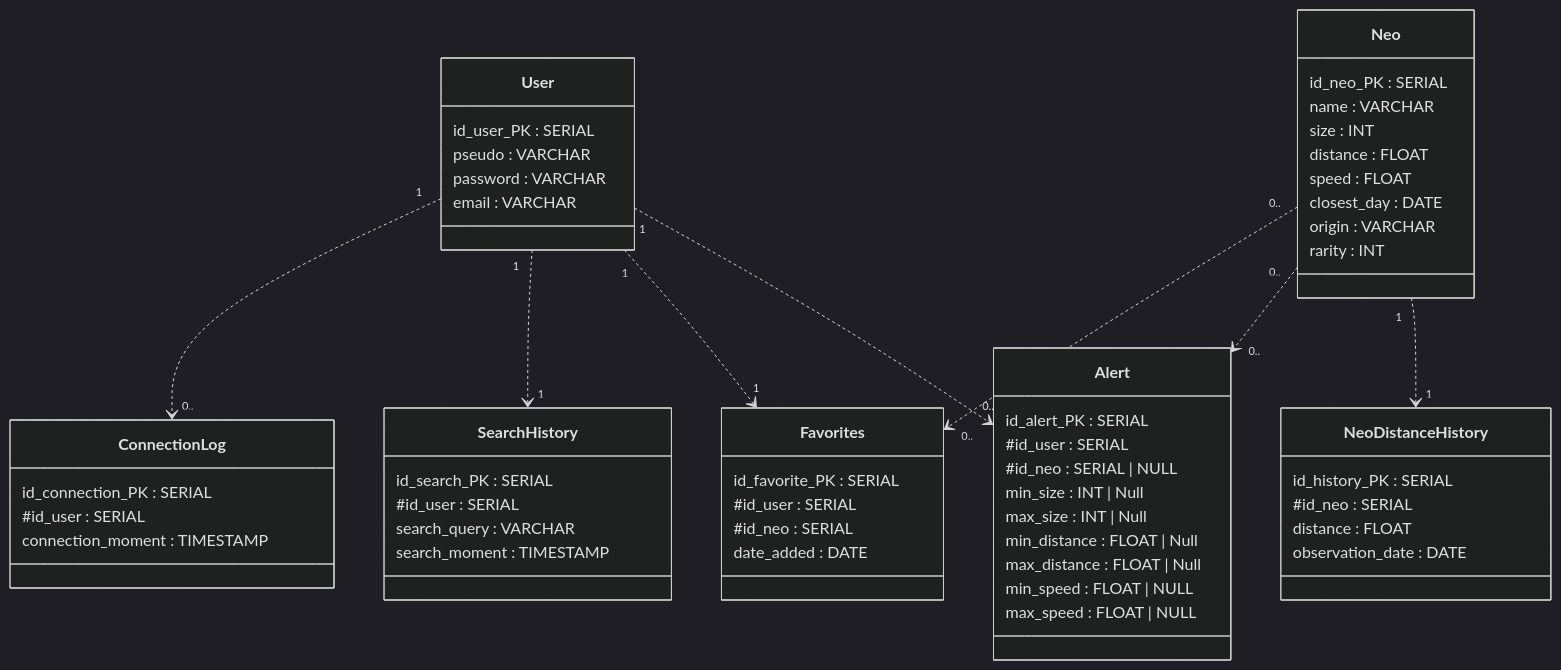
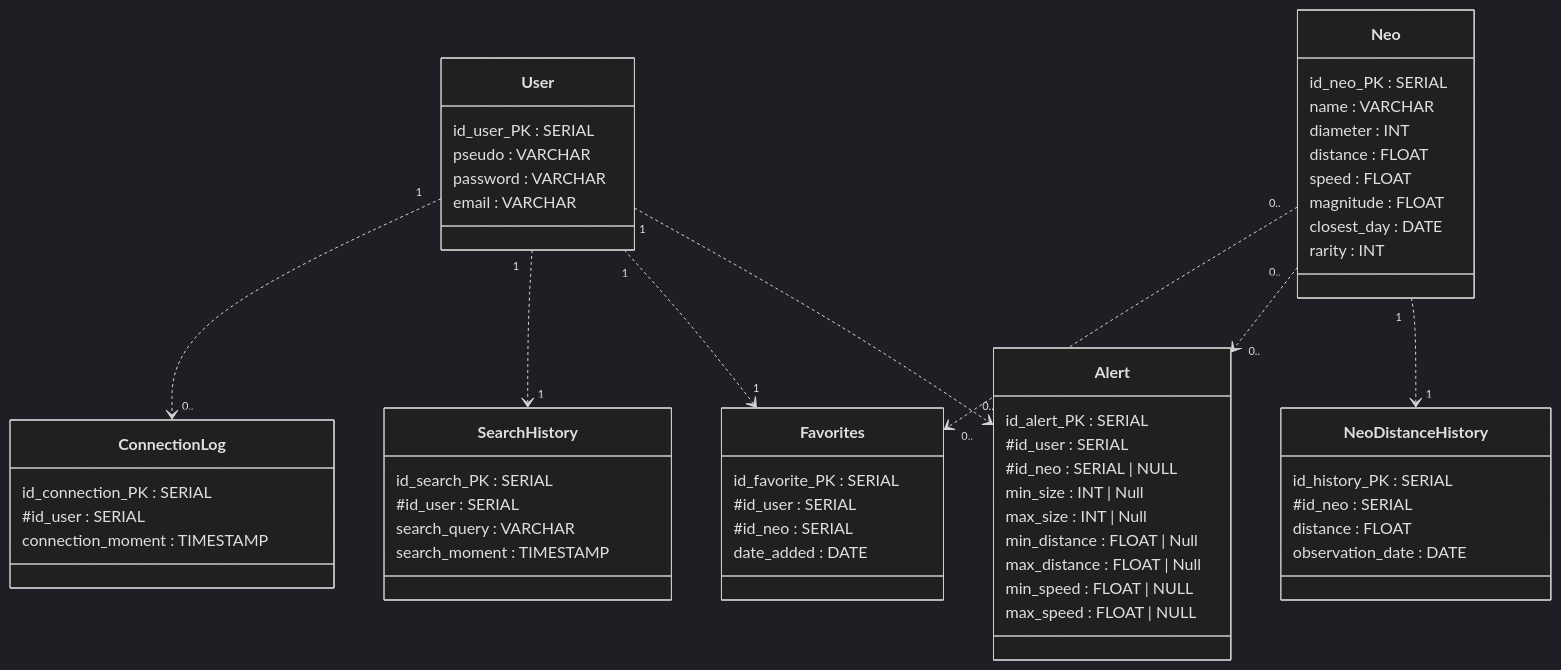
One commit to tristancabre/Projet-info-2A changed the diagram in doc/data_model.md. Above: the diagram before and after it, drawn with Mermaid (dark theme). The commit also changed 4 other files, not shown here.

````diff
--- a/doc/data_model.md
+++ b/doc/data_model.md
@@ -16,72 +16,72 @@
 ```mermaid
 classDiagram
     %% Business objects
 
     class User {
         id_user_PK : SERIAL
         pseudo : VARCHAR
         password : VARCHAR
         email : VARCHAR
     }
 
     class Neo{
         id_neo_PK : SERIAL
         name : VARCHAR
-        size : INT
+        diameter : INT
         distance : FLOAT
         speed : FLOAT
+        magnitude : FLOAT
         closest_day : DATE
-        origin : VARCHAR
         rarity : INT
     }
 
     class Alert {
         id_alert_PK : SERIAL
         #id_user : SERIAL
         #id_neo : SERIAL | NULL
         min_size : INT | Null
         max_size : INT | Null
         min_distance : FLOAT | Null
         max_distance : FLOAT | Null
         min_speed : FLOAT | NULL
         max_speed : FLOAT | NULL
     }
 
     class Favorites {
         id_favorite_PK : SERIAL
         #id_user : SERIAL
         #id_neo : SERIAL
         date_added : DATE
     }
 
     class ConnectionLog {
         id_connection_PK : SERIAL
         #id_user : SERIAL
         connection_moment : TIMESTAMP
     }
 
     class SearchHistory {
         id_search_PK : SERIAL
         #id_user : SERIAL
         search_query : VARCHAR
         search_moment : TIMESTAMP
     }
 
     class NeoDistanceHistory {
         id_history_PK : SERIAL
         #id_neo : SERIAL
         distance : FLOAT
         observation_date : DATE
     }
 
 
     %% Relationships
     Neo "0.." ..> "0.." Favorites
     Neo "0.." ..> "0.." Alert
     Neo "1" ..> "1" NeoDistanceHistory
     User "1" ..> "0.." ConnectionLog
     User "1" ..> "1" SearchHistory
     User "1" ..> "1" Favorites
     User "1" ..> "0.." Alert
 
 ```
````
